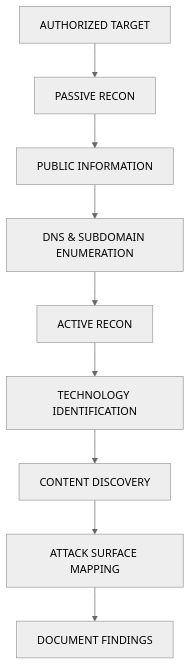
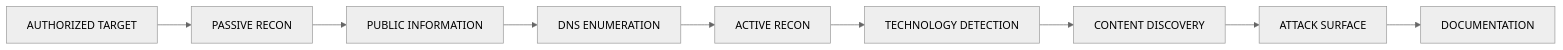
One commit to GhostMaskR/Web-Application-Basics changed the third of 5 diagrams in README.md. Above: the diagram before and after it, drawn with Mermaid (neutral theme). The commit also changed other lines of this file, not shown here.

````diff
--- a/README.md
+++ b/README.md
@@ -147,11 +155,11 @@
 ```mermaid
-flowchart TD
+flowchart LR
     A["AUTHORIZED TARGET"] --> B["PASSIVE RECON"]
     B --> C["PUBLIC INFORMATION"]
-    C --> D["DNS & SUBDOMAIN ENUMERATION"]
+    C --> D["DNS ENUMERATION"]
     D --> E["ACTIVE RECON"]
-    E --> F["TECHNOLOGY IDENTIFICATION"]
+    E --> F["TECHNOLOGY DETECTION"]
     F --> G["CONTENT DISCOVERY"]
-    G --> H["ATTACK SURFACE MAPPING"]
-    H --> I["DOCUMENT FINDINGS"]
+    G --> H["ATTACK SURFACE"]
+    H --> I["DOCUMENTATION"]
 ```
````
